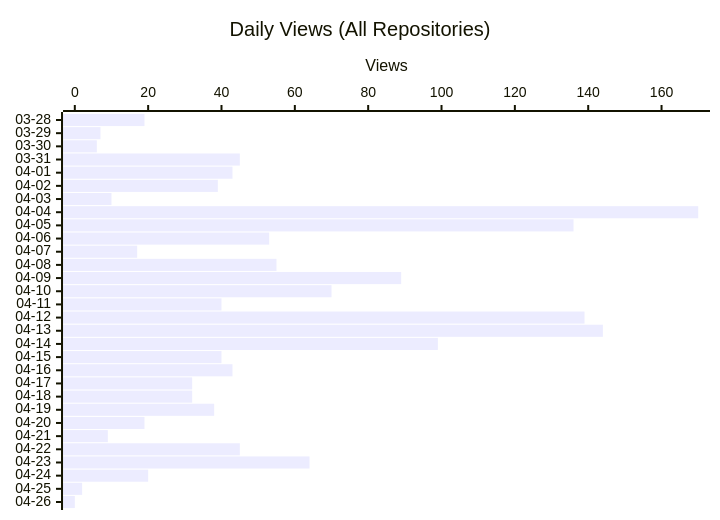
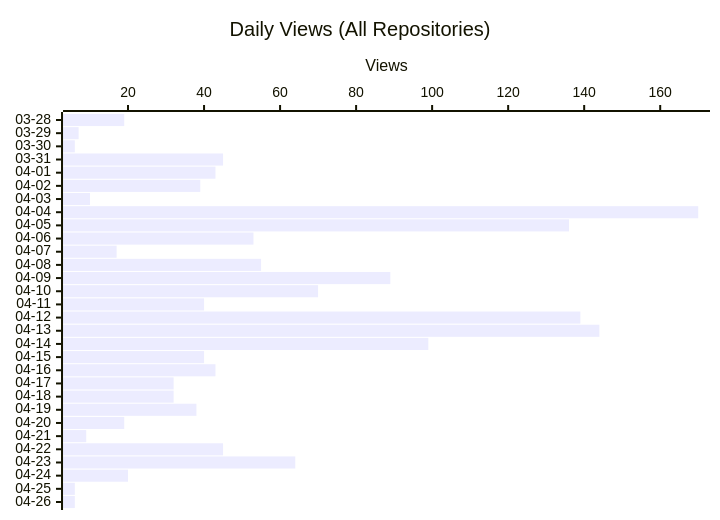
Before and after one commit to shigechika/github-insights: the second of 3 diagrams in README.md, drawn with Mermaid. The commit also changed other lines of this file and 2 other files, not shown here.

````diff
--- a/README.md
+++ b/README.md
@@ -26,7 +26,7 @@
 ```mermaid
 xychart-beta horizontal
     title "Daily Views (All Repositories)"
     x-axis ["03-28", "03-29", "03-30", "03-31", "04-01", "04-02", "04-03", "04-04", "04-05", "04-06", "04-07", "04-08", "04-09", "04-10", "04-11", "04-12", "04-13", "04-14", "04-15", "04-16", "04-17", "04-18", "04-19", "04-20", "04-21", "04-22", "04-23", "04-24", "04-25", "04-26"]
     y-axis "Views"
-    bar [19, 7, 6, 45, 43, 39, 10, 170, 136, 53, 17, 55, 89, 70, 40, 139, 144, 99, 40, 43, 32, 32, 38, 19, 9, 45, 64, 20, 2, 0]
+    bar [19, 7, 6, 45, 43, 39, 10, 170, 136, 53, 17, 55, 89, 70, 40, 139, 144, 99, 40, 43, 32, 32, 38, 19, 9, 45, 64, 20, 6, 6]
 ```
````
